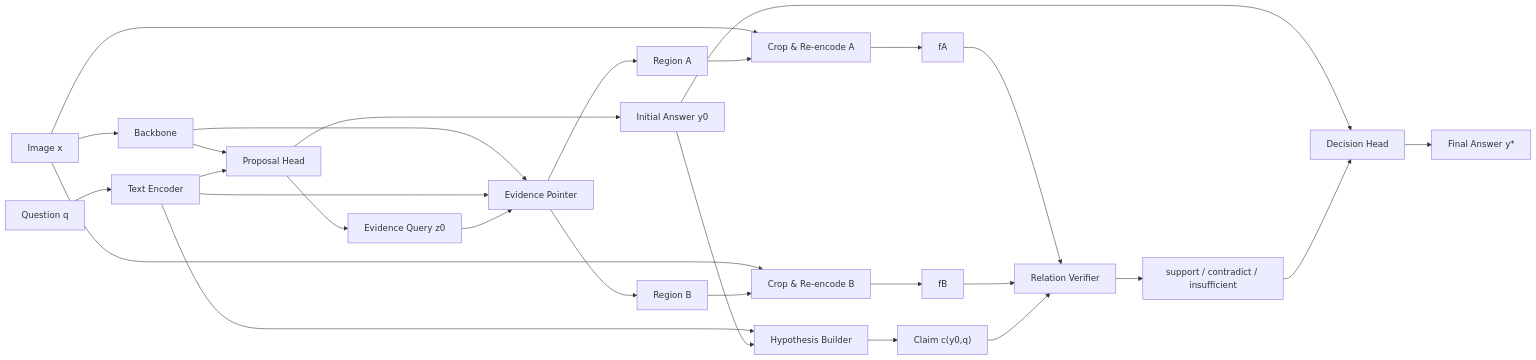
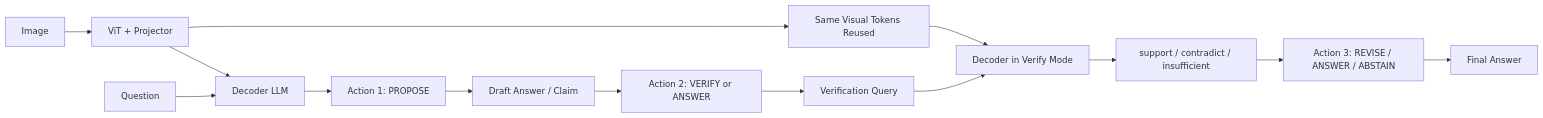
One commit to 2920617690/SpatialVLM changed the diagram in README.md. Above: the diagram before and after it, drawn with Mermaid. The commit also changed other lines of this file and 2 other files, not shown here.

Commit message:
Rewrite docs around RL self-verification policy

````diff
--- a/README.md
+++ b/README.md
@@ -58,30 +61,16 @@
 ```mermaid
 flowchart LR
-    A["Image x"] --> B["Backbone"]
-    Q["Question q"] --> C["Text Encoder"]
-    B --> D["Proposal Head"]
-    C --> D
-    D --> E["Initial Answer y0"]
-    D --> F["Evidence Query z0"]
-    B --> G["Evidence Pointer"]
-    C --> G
-    F --> G
-    G --> H["Region A"]
-    G --> I["Region B"]
-    A --> J["Crop & Re-encode A"]
-    A --> K["Crop & Re-encode B"]
-    H --> J
-    I --> K
-    J --> L["fA"]
-    K --> M["fB"]
-    C --> N["Hypothesis Builder"]
-    E --> N
-    N --> O["Claim c(y0,q)"]
-    L --> P["Relation Verifier"]
-    M --> P
-    O --> P
-    P --> R["support / contradict / insufficient"]
-    E --> S["Decision Head"]
-    R --> S
-    S --> T["Final Answer y*"]
+    A["Image"] --> B["ViT + Projector"]
+    Q["Question"] --> C["Decoder LLM"]
+    B --> C
+    C --> D["Action 1: PROPOSE"]
+    D --> E["Draft Answer / Claim"]
+    E --> F["Action 2: VERIFY or ANSWER"]
+    B --> G["Same Visual Tokens Reused"]
+    F --> H["Verification Query"]
+    G --> I["Decoder in Verify Mode"]
+    H --> I
+    I --> J["support / contradict / insufficient"]
+    J --> K["Action 3: REVISE / ANSWER / ABSTAIN"]
+    K --> L["Final Answer"]
 ```
````
